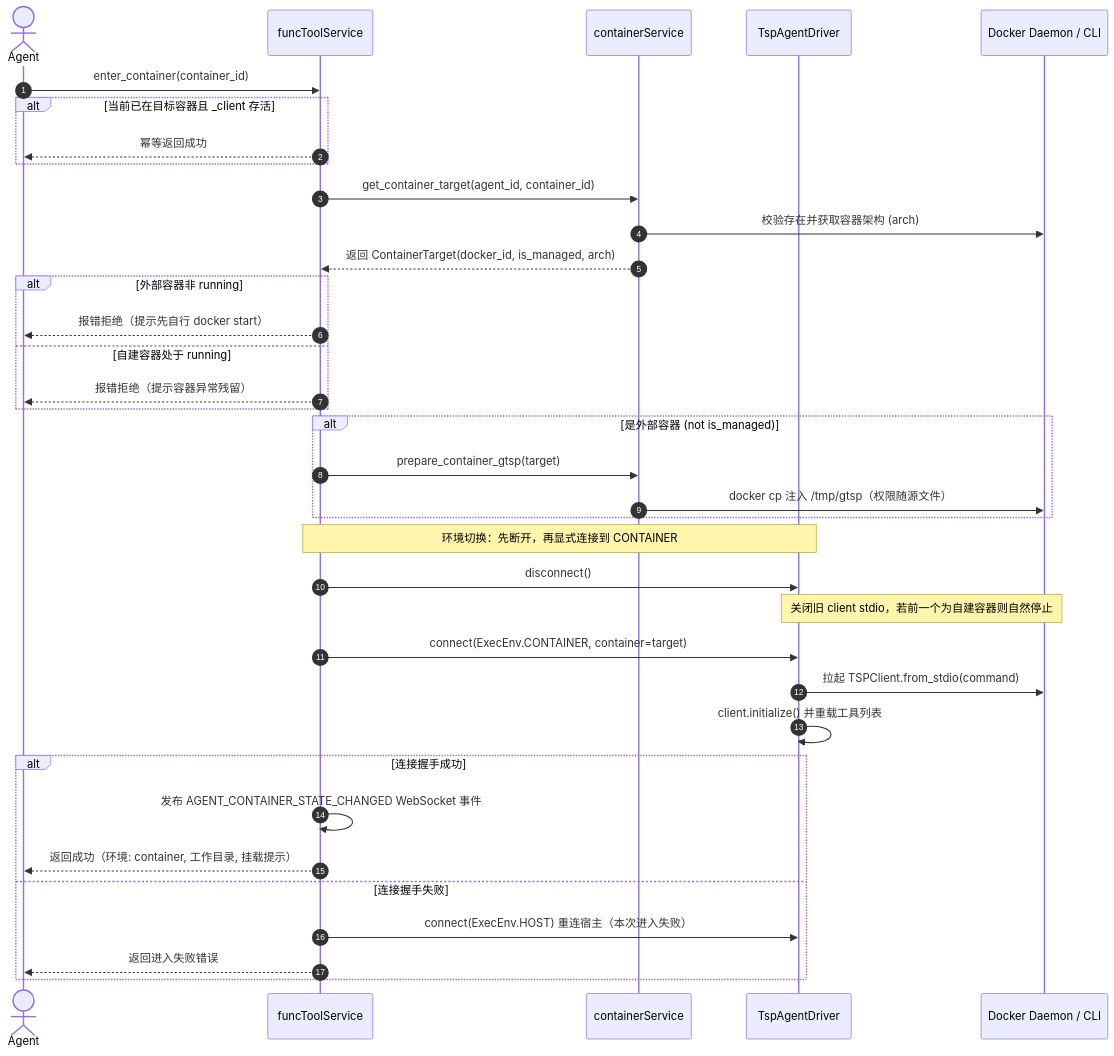
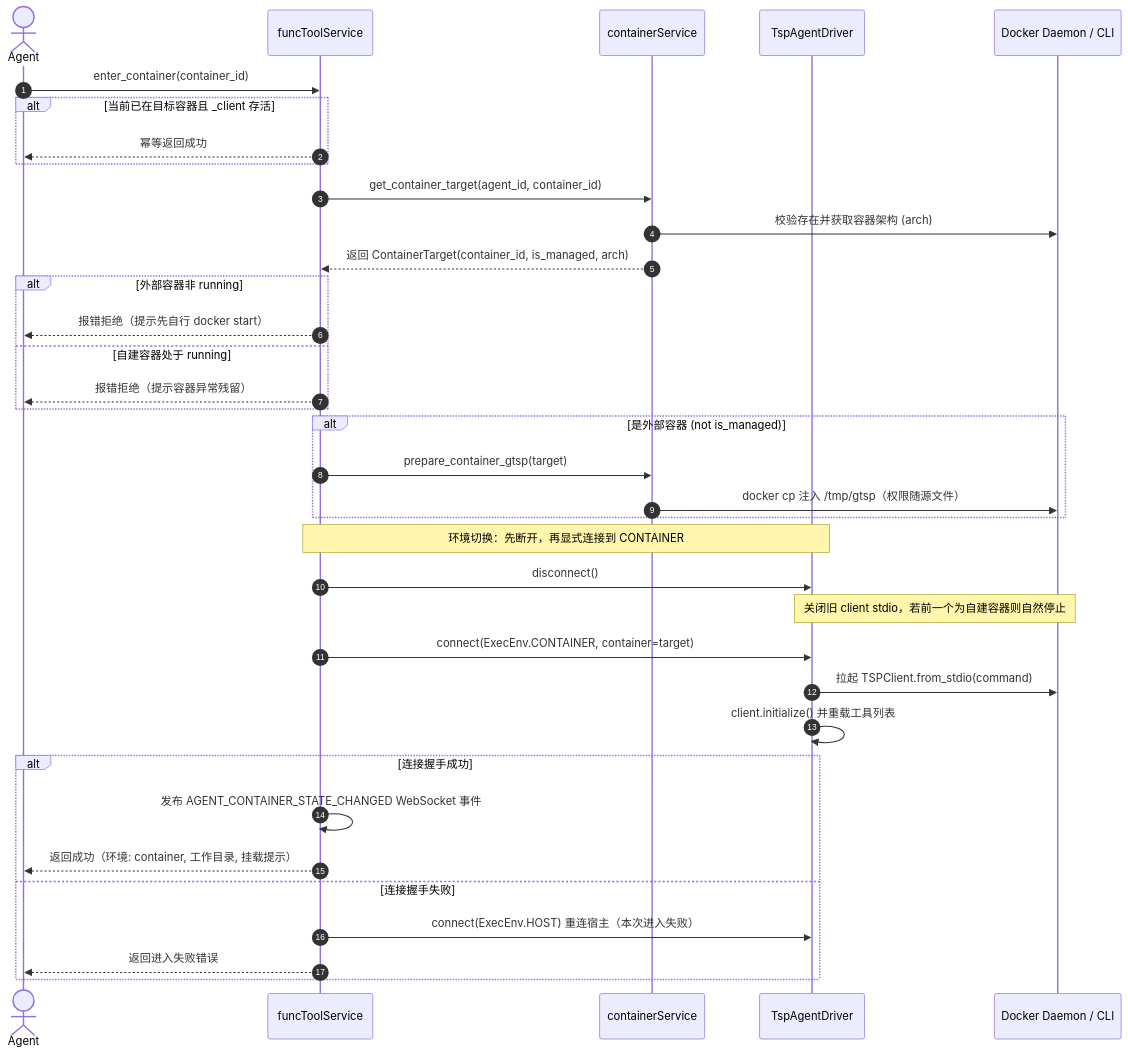
Before and after one commit to alexazhou/TogoSpace: the diagram in docs/design/2026-10-31-docker-agent-sandbox/step2_technical.md, drawn with Mermaid. The commit also changed other lines of this file and 33 other files, not shown here.

````diff
--- a/docs/design/2026-10-31-docker-agent-sandbox/step2_technical.md
+++ b/docs/design/2026-10-31-docker-agent-sandbox/step2_technical.md
@@ -257,43 +257,43 @@
 ```mermaid
 sequenceDiagram
     autonumber
     actor Agent
     participant Tool as funcToolService
     participant CS as containerService
     participant Driver as TspAgentDriver
     participant Docker as Docker Daemon / CLI
 
     Agent->>Tool: enter_container(container_id)
     alt 当前已在目标容器且 _client 存活
         Tool-->>Agent: 幂等返回成功
     end
     Tool->>CS: get_container_target(agent_id, container_id)
     CS->>Docker: 校验存在并获取容器架构 (arch)
-    CS-->>Tool: 返回 ContainerTarget(docker_id, is_managed, arch)
+    CS-->>Tool: 返回 ContainerTarget(container_id, is_managed, arch)
     
     alt 外部容器非 running
         Tool-->>Agent: 报错拒绝（提示先自行 docker start）
     else 自建容器处于 running
         Tool-->>Agent: 报错拒绝（提示容器异常残留）
     end
 
     alt 是外部容器 (not is_managed)
         Tool->>CS: prepare_container_gtsp(target)
         CS->>Docker: docker cp 注入 /tmp/gtsp（权限随源文件）
     end
 
     Note over Tool,Driver: 环境切换：先断开，再显式连接到 CONTAINER
     Tool->>Driver: disconnect()
     Note over Driver,Docker: 关闭旧 client stdio，若前一个为自建容器则自然停止
     Tool->>Driver: connect(ExecEnv.CONTAINER, container=target)
     Driver->>Docker: 拉起 TSPClient.from_stdio(command)
     Driver->>Driver: client.initialize() 并重载工具列表
     
     alt 连接握手成功
         Tool->>Tool: 发布 AGENT_CONTAINER_STATE_CHANGED WebSocket 事件
         Tool-->>Agent: 返回成功（环境: container, 工作目录, 挂载提示）
     else 连接握手失败
         Tool->>Driver: connect(ExecEnv.HOST) 重连宿主（本次进入失败）
         Tool-->>Agent: 返回进入失败错误
     end
 ```
````
